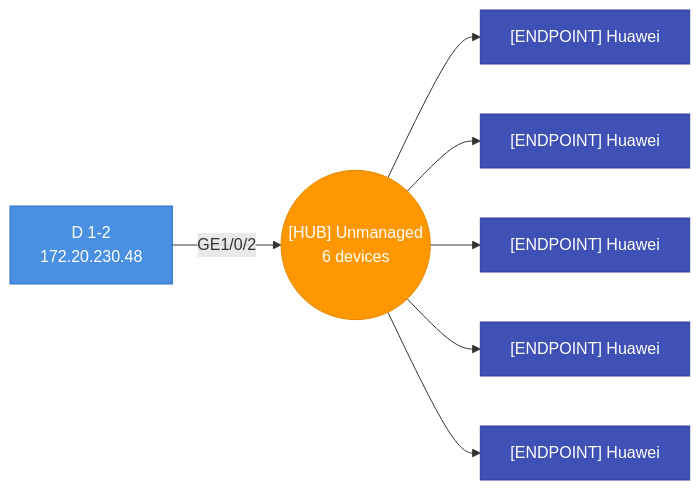
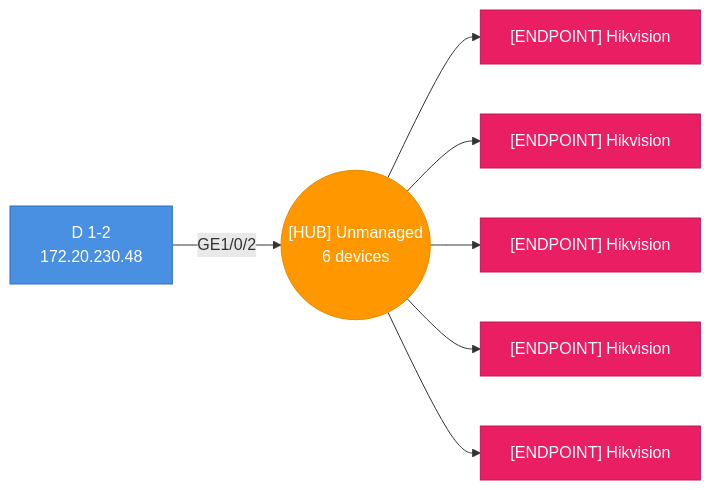
Before and after one commit to djamic/LLDP-Skanner-Go: diagram 13 of 38 in testdata/golden/audit_default.md, drawn with Mermaid. The commit also changed other lines of this file and 11 other files, not shown here.

````diff
--- a/testdata/golden/audit_default.md
+++ b/testdata/golden/audit_default.md
@@ -1600,23 +1540,23 @@
 ```mermaid
 graph LR
   hub_4caea3a215ec_p2(("[HUB] Unmanaged<br>6 devices"))
   4caea3a215ec["D 1-2<br>172.20.230.48"]
   4caea3a215ec-- "GE1/0/2" -->hub_4caea3a215ec_p2
   style 4caea3a215ec fill:#4A90E2,stroke:#2A6FC2,color:#fff
-  bc9b5e37bf15["[ENDPOINT] Huawei"]
+  bc9b5e37bf15["[ENDPOINT] Hikvision"]
   hub_4caea3a215ec_p2-->bc9b5e37bf15
-  style bc9b5e37bf15 fill:#3F51B5,stroke:#303F9F,color:#fff
-  bc9b5e37bf17["[ENDPOINT] Huawei"]
+  style bc9b5e37bf15 fill:#E91E63,stroke:#C2185B,color:#fff
+  bc9b5e37bf17["[ENDPOINT] Hikvision"]
   hub_4caea3a215ec_p2-->bc9b5e37bf17
-  style bc9b5e37bf17 fill:#3F51B5,stroke:#303F9F,color:#fff
-  bc9b5e37bf28["[ENDPOINT] Huawei"]
+  style bc9b5e37bf17 fill:#E91E63,stroke:#C2185B,color:#fff
+  bc9b5e37bf28["[ENDPOINT] Hikvision"]
   hub_4caea3a215ec_p2-->bc9b5e37bf28
-  style bc9b5e37bf28 fill:#3F51B5,stroke:#303F9F,color:#fff
-  bc9b5e37bf38["[ENDPOINT] Huawei"]
+  style bc9b5e37bf28 fill:#E91E63,stroke:#C2185B,color:#fff
+  bc9b5e37bf38["[ENDPOINT] Hikvision"]
   hub_4caea3a215ec_p2-->bc9b5e37bf38
-  style bc9b5e37bf38 fill:#3F51B5,stroke:#303F9F,color:#fff
-  bc9b5e37bf39["[ENDPOINT] Huawei"]
+  style bc9b5e37bf38 fill:#E91E63,stroke:#C2185B,color:#fff
+  bc9b5e37bf39["[ENDPOINT] Hikvision"]
   hub_4caea3a215ec_p2-->bc9b5e37bf39
-  style bc9b5e37bf39 fill:#3F51B5,stroke:#303F9F,color:#fff
+  style bc9b5e37bf39 fill:#E91E63,stroke:#C2185B,color:#fff
   style hub_4caea3a215ec_p2 fill:#FF9800,stroke:#E68A00,color:#fff
 ```
````
